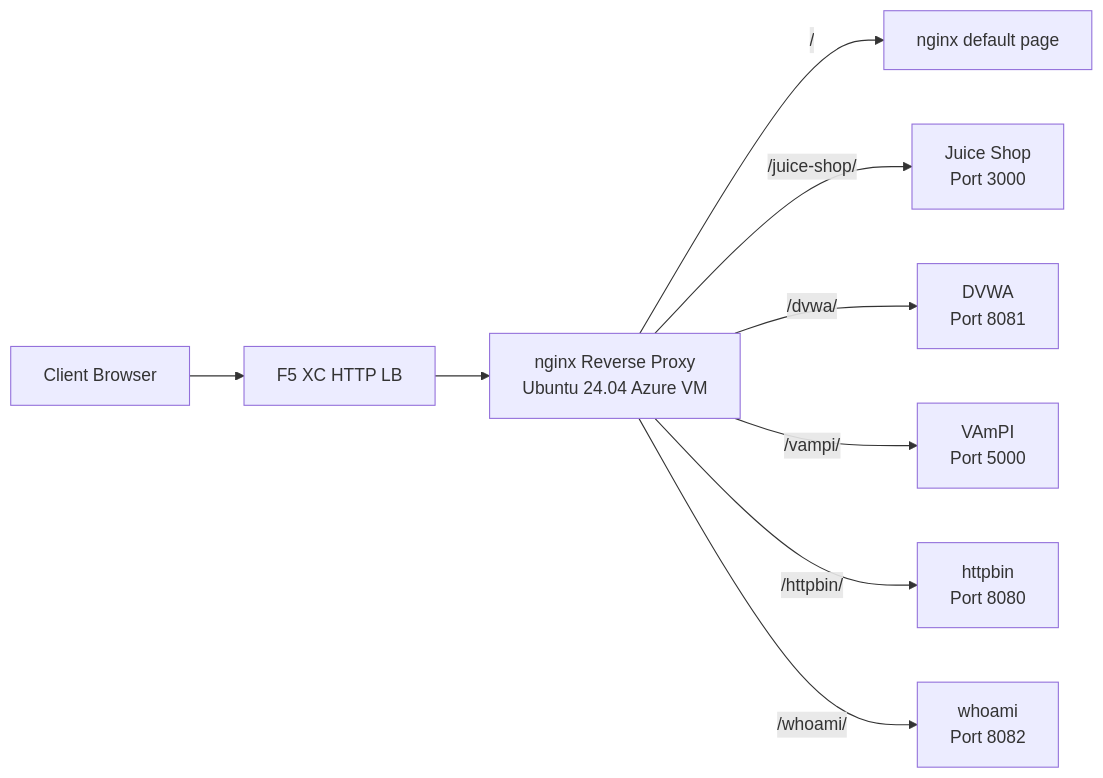
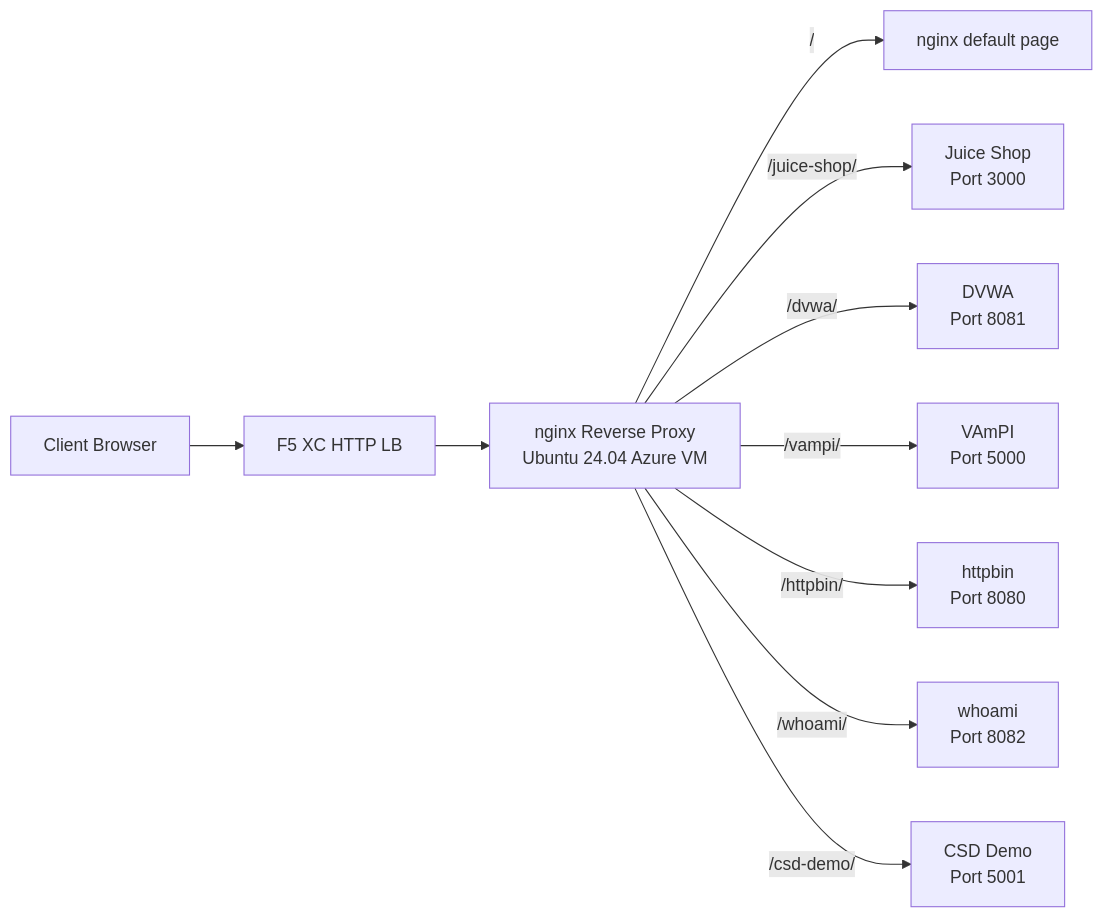
The diagram in docs/01-architecture.mdx (f5-sales-demo/origin-server), drawn with Mermaid before and after one commit. The commit also changed other lines of this file and 5 other files, not shown here.

First line of the commit message:
feat: add CSD demo application for client-side defense testing

````diff
--- a/docs/01-architecture.mdx
+++ b/docs/01-architecture.mdx
@@ -22,11 +22,12 @@
 ```mermaid
 graph LR
     Client[Client Browser] --> XCHLB[F5 XC HTTP LB]
     XCHLB --> NGINX[nginx Reverse Proxy<br/>Ubuntu 24.04 Azure VM]
     NGINX --> |/| DEFAULT[nginx default page]
     NGINX --> |/juice-shop/| JS[Juice Shop<br/>Port 3000]
     NGINX --> |/dvwa/| DVWA[DVWA<br/>Port 8081]
     NGINX --> |/vampi/| VAMPI[VAmPI<br/>Port 5000]
     NGINX --> |/httpbin/| HTTPBIN[httpbin<br/>Port 8080]
     NGINX --> |/whoami/| WHOAMI[whoami<br/>Port 8082]
+    NGINX --> |/csd-demo/| CSD[CSD Demo<br/>Port 5001]
 ```
````
